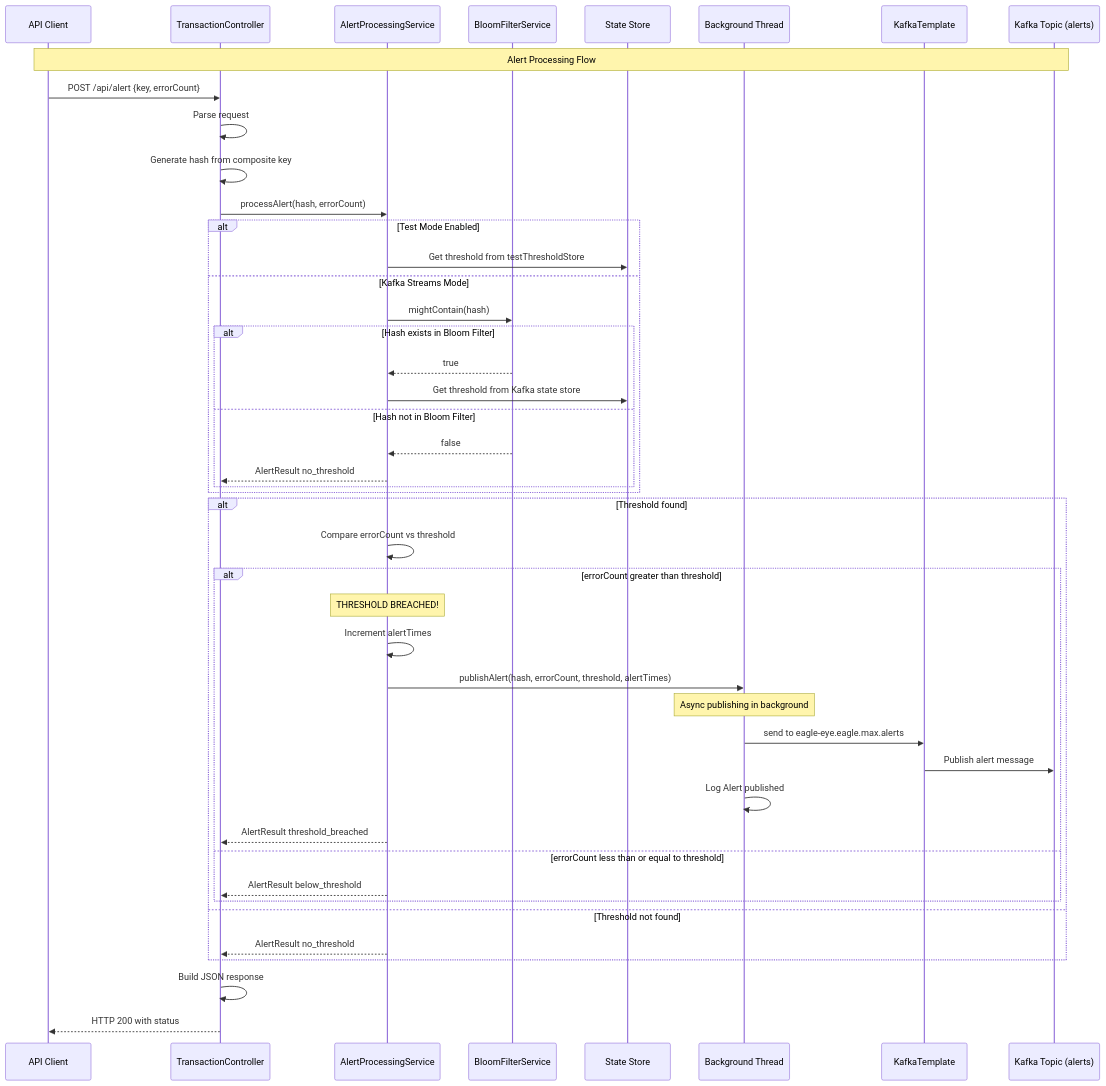
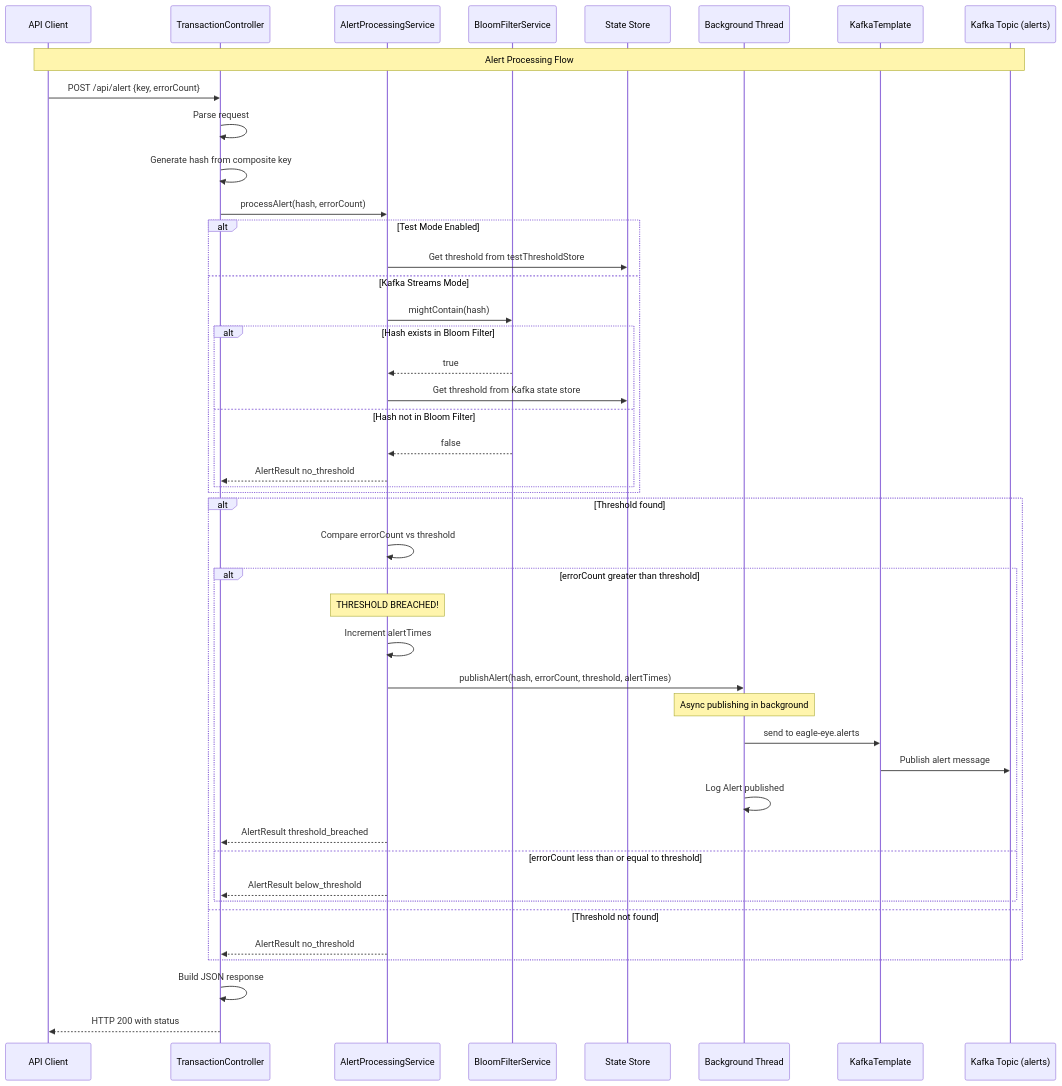
Before and after one commit to red2n/alerts: the third of 5 diagrams in SYSTEM-FLOW.md, drawn with Mermaid. The commit also changed other lines of this file and 8 other files, not shown here.

Commit message:
feat: Update documentation and scripts to reflect changes in Kafka topics from eagle-eye.thresholds and eagle-eye.eagle.max.alerts to eagle-eye.config and eagle-eye.alerts

````diff
--- a/SYSTEM-FLOW.md
+++ b/SYSTEM-FLOW.md
@@ -47,56 +153,56 @@
 ```mermaid
 sequenceDiagram
     participant Client as API Client
     participant Controller as TransactionController
     participant APS as AlertProcessingService
     participant BF as BloomFilterService
     participant Store as State Store
     participant Thread as Background Thread
     participant KT as KafkaTemplate
     participant ATopic as Kafka Topic (alerts)
 
     Note over Client,ATopic: Alert Processing Flow
 
     Client->>Controller: POST /api/alert {key, errorCount}
     Controller->>Controller: Parse request
     Controller->>Controller: Generate hash from composite key
 
     Controller->>APS: processAlert(hash, errorCount)
 
     alt Test Mode Enabled
         APS->>Store: Get threshold from testThresholdStore
     else Kafka Streams Mode
         APS->>BF: mightContain(hash)
         alt Hash exists in Bloom Filter
             BF-->>APS: true
             APS->>Store: Get threshold from Kafka state store
         else Hash not in Bloom Filter
             BF-->>APS: false
             APS-->>Controller: AlertResult no_threshold
         end
     end
 
     alt Threshold found
         APS->>APS: Compare errorCount vs threshold
 
         alt errorCount greater than threshold
             Note over APS: THRESHOLD BREACHED!
             APS->>APS: Increment alertTimes
             APS->>Thread: publishAlert(hash, errorCount, threshold, alertTimes)
 
             Note over Thread: Async publishing in background
-            Thread->>KT: send to eagle-eye.eagle.max.alerts
+            Thread->>KT: send to eagle-eye.alerts
             KT->>ATopic: Publish alert message
             Thread->>Thread: Log Alert published
 
             APS-->>Controller: AlertResult threshold_breached
         else errorCount less than or equal to threshold
             APS-->>Controller: AlertResult below_threshold
         end
     else Threshold not found
         APS-->>Controller: AlertResult no_threshold
     end
 
     Controller->>Controller: Build JSON response
     Controller-->>Client: HTTP 200 with status
 ```
````
